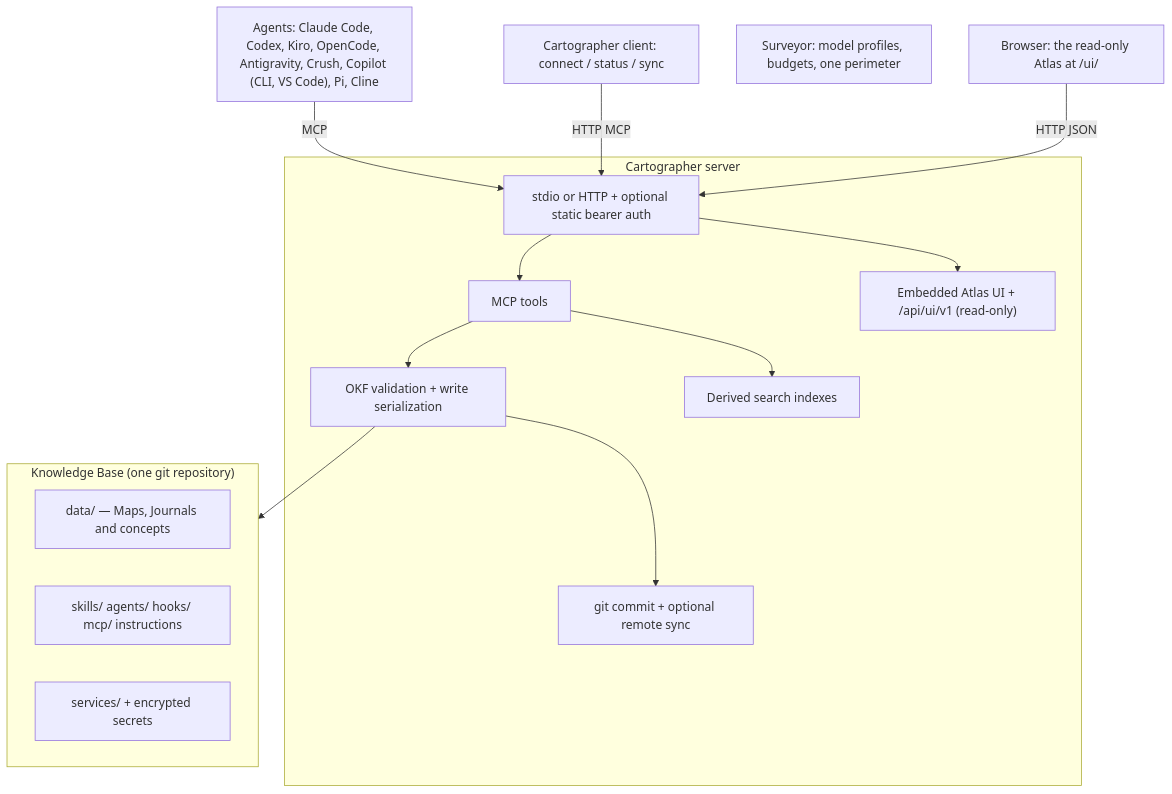
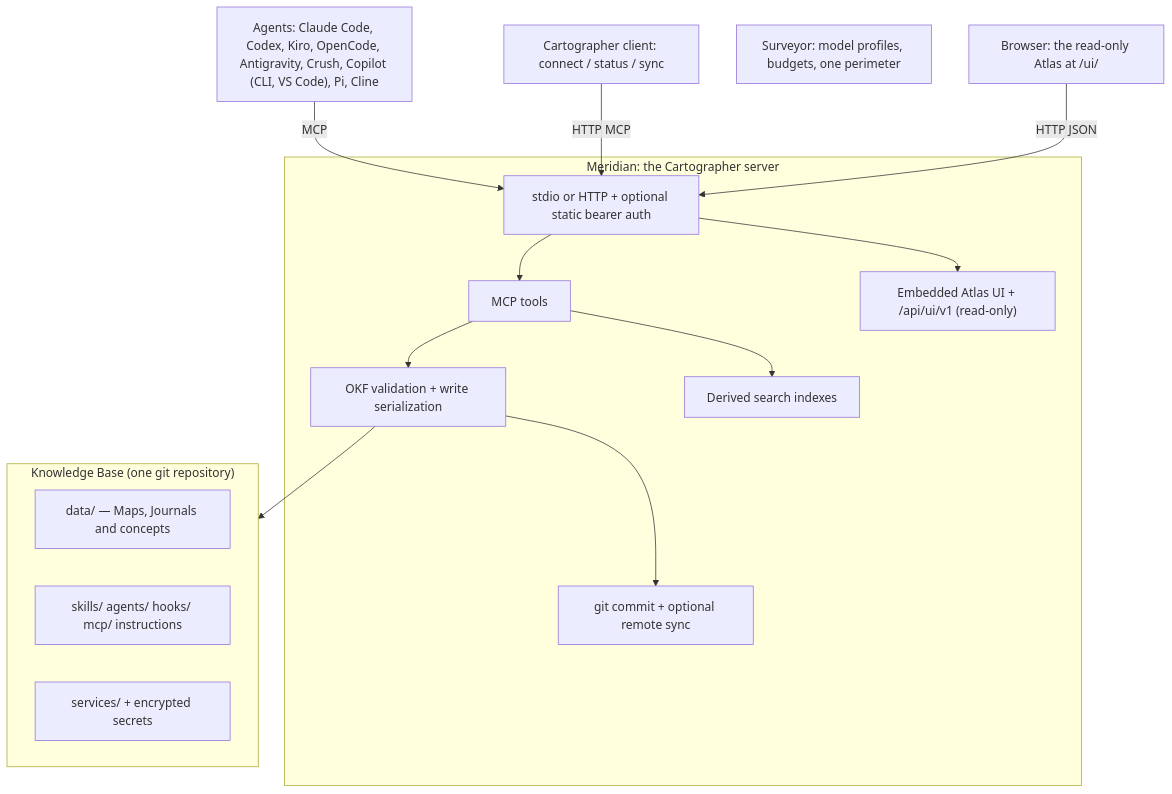
The diagram in docs/overview.md (BeppeTemp/cartographer), drawn with Mermaid before and after one commit. The commit also changed other lines of this file and 13 other files, not shown here.

````diff
--- a/docs/overview.md
+++ b/docs/overview.md
@@ -50,29 +50,29 @@
 ```mermaid
 flowchart TB
     A["Agents: Claude Code, Codex, Kiro, OpenCode, Antigravity, Crush, Copilot (CLI, VS Code), Pi, Cline"]
     C["Cartographer client: connect / status / sync"]
     Y["Surveyor: model profiles, budgets, one perimeter"]
     B["Browser: the read-only Atlas at /ui/"]
 
-    subgraph S["Cartographer server"]
+    subgraph S["Meridian: the Cartographer server"]
         T["stdio or HTTP + optional static bearer auth"]
         M["MCP tools"]
         W["Embedded Atlas UI + /api/ui/v1 (read-only)"]
         V["OKF validation + write serialization"]
         I["Derived search indexes"]
         G["git commit + optional remote sync"]
     end
 
     subgraph K["Knowledge Base (one git repository)"]
         D["data/ — Maps, Journals and concepts"]
         P["skills/ agents/ hooks/ mcp/ instructions"]
         X["services/ + encrypted secrets"]
     end
 
     A -->|MCP| T --> M
     C -->|HTTP MCP| T
     B -->|HTTP JSON| T --> W
     M --> V --> K
     M --> I
     V --> G
 ```
````
